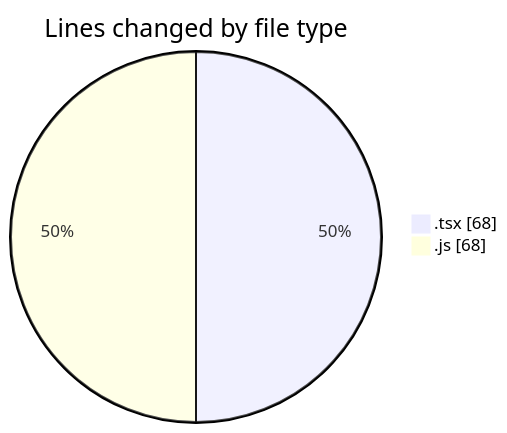
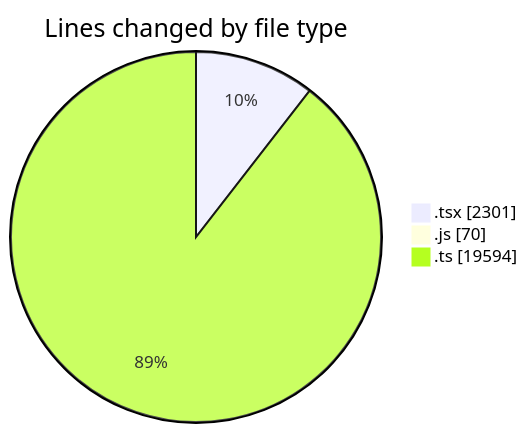
One commit to momahboobian/code-tracking changed the first of 2 diagrams in 2026-09-25/cda/README.md. Above: the diagram before and after it, drawn with Mermaid. The commit also changed other lines of this file and 1 other file, not shown here.

````diff
--- a/2026-09-25/cda/README.md
+++ b/2026-09-25/cda/README.md
@@ -23,6 +42,7 @@
 ```mermaid
 pie showData
 title Lines changed by file type
-".tsx" : 68
-".js" : 68
+".tsx" : 2301
+".js" : 70
+".ts" : 19594
 ```
````
